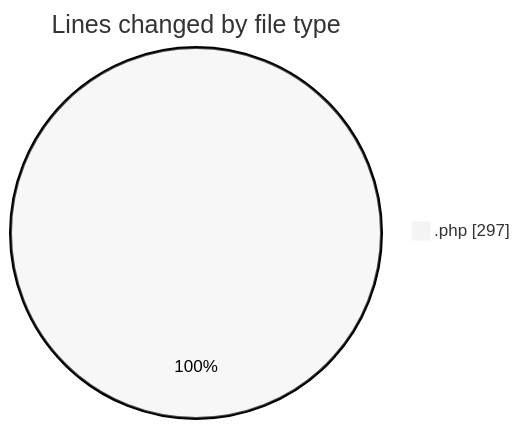
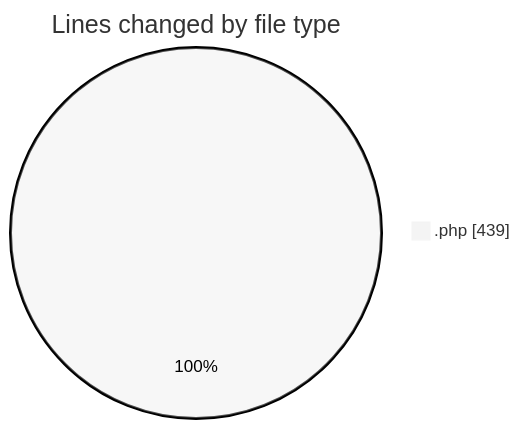
Before and after one commit to debugP/code-tracking: the first of 2 diagrams in 2025-10-08/untitled__workspace_/README.md, drawn with Mermaid (neutral theme). The commit also changed other lines of this file and 1 other file, not shown here.

````diff
--- a/2025-10-08/untitled__workspace_/README.md
+++ b/2025-10-08/untitled__workspace_/README.md
@@ -21,5 +22,5 @@
 ```mermaid
 pie showData
 title Lines changed by file type
-".php" : 297
+".php" : 439
 ```
````
